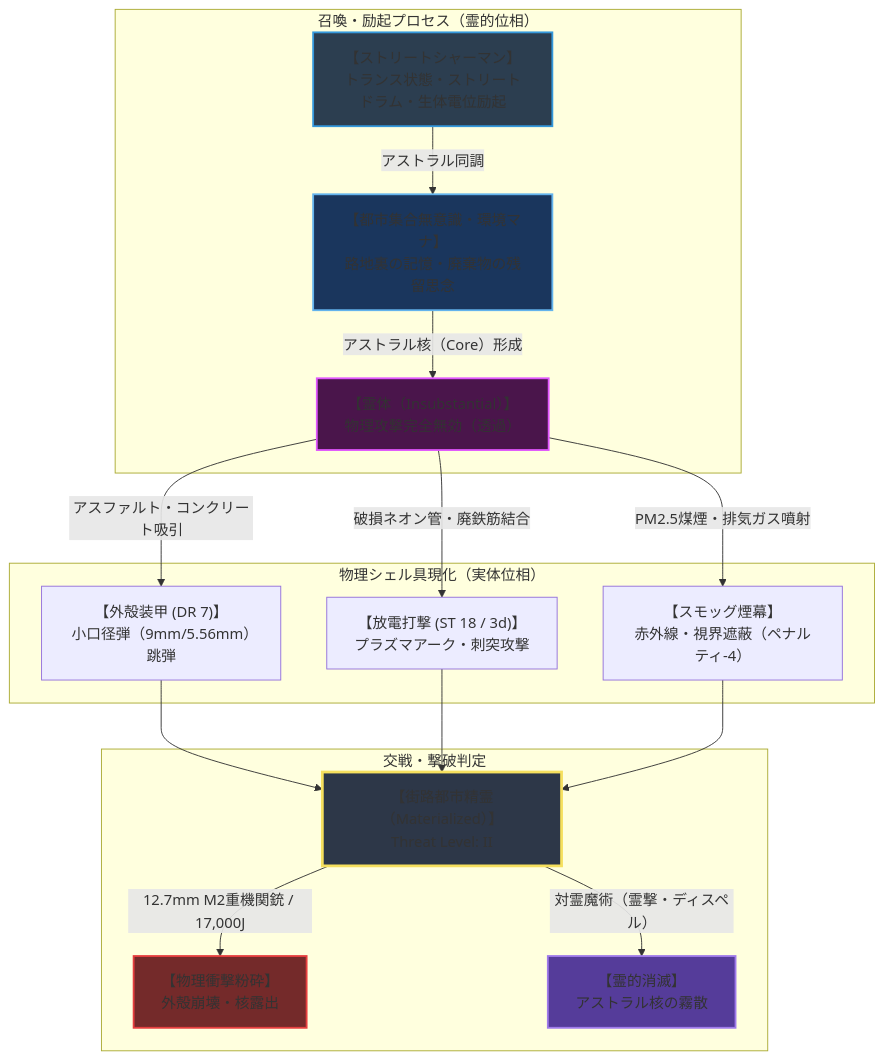
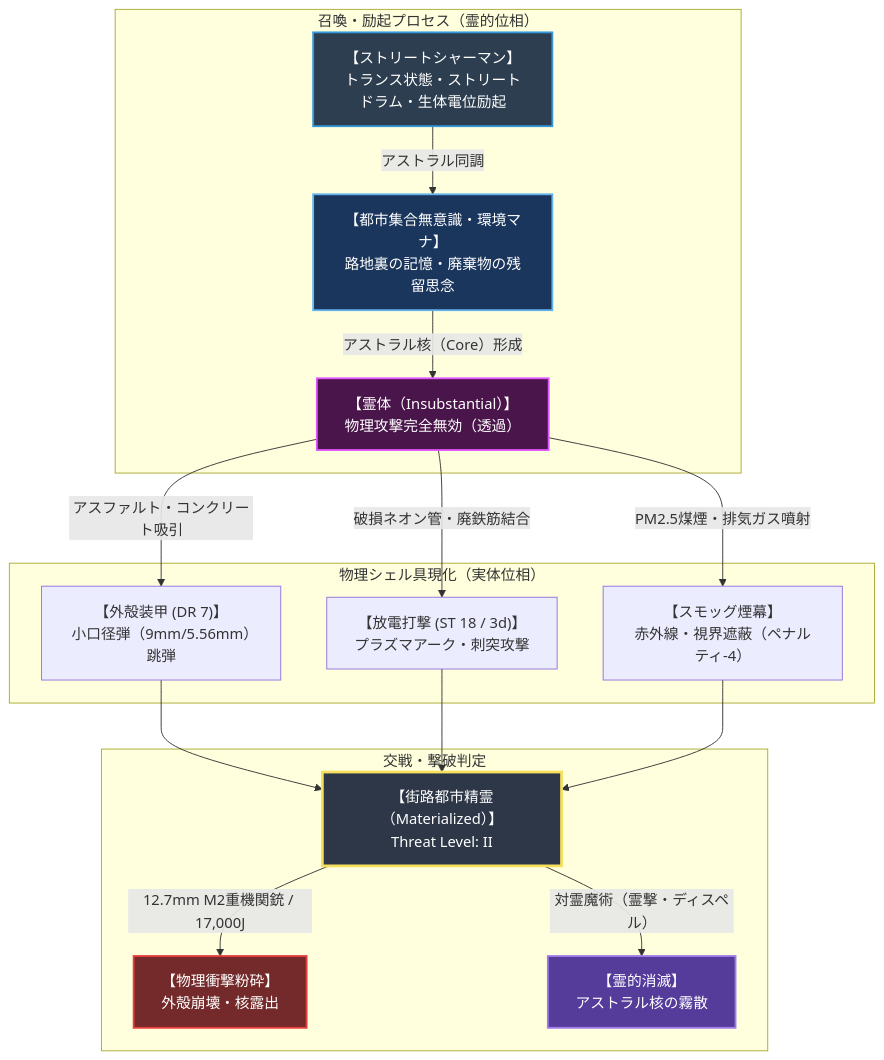
Before and after one commit to takenoriohno-cloud/world-building: the diagram in creatures/003_urban_street_spirit.md, drawn with Mermaid. The commit also changed 8 other files, not shown here.

Commit message:
feature/updateCreature update: mermaid文字色固定

````diff
--- a/creatures/003_urban_street_spirit.md
+++ b/creatures/003_urban_street_spirit.md
@@ -58,26 +58,26 @@
 ```mermaid
 graph TD
     subgraph "召喚・励起プロセス（霊的位相）"
         S["【ストリートシャーマン】<br>トランス状態・ストリートドラム・生体電位励起"] -->|"アストラル同調"| C["【都市集合無意識・環境マナ】<br>路地裏の記憶・廃棄物の残留思念"]
         C -->|"アストラル核（Core）形成"| A["【霊体（Insubstantial）】<br>物理攻撃完全無効（透過）"]
     end
 
     subgraph "物理シェル具現化（実体位相）"
         A -->|"アスファルト・コンクリート吸引"| M1["【外殻装甲 (DR 7)】<br>小口径弾（9mm/5.56mm）跳弾"]
         A -->|"破損ネオン管・廃鉄筋結合"| M2["【放電打撃 (ST 18 / 3d)】<br>プラズマアーク・刺突攻撃"]
         A -->|"PM2.5煤煙・排気ガス噴射"| M3["【スモッグ煙幕】<br>赤外線・視界遮蔽（ペナルティ-4）"]
     end
 
     subgraph "交戦・撃破判定"
         M1 & M2 & M3 --> E["【街路都市精霊（Materialized）】<br>Threat Level: II"]
         E -->|"12.7mm M2重機関銃 / 17,000J"| D1["【物理衝撃粉砕】<br>外殻崩壊・核露出"]
         E -->|"対霊魔術（霊撃・ディスペル）"| D2["【霊的消滅】<br>アストラル核の霧散"]
     end
 
-    style S fill:#2c3e50,stroke:#3498db,stroke-width:2px;
-    style C fill:#1a365d,stroke:#63b3ed,stroke-width:2px;
-    style A fill:#4a154b,stroke:#e056fd,stroke-width:2px;
-    style E fill:#2d3748,stroke:#f6e05e,stroke-width:3px;
-    style D1 fill:#742a2a,stroke:#e53e3e,stroke-width:2px;
-    style D2 fill:#553c9a,stroke:#9f7aea,stroke-width:2px;
+    style S fill:#2c3e50,stroke:#3498db,stroke-width:2px,color:#ffffff;
+    style C fill:#1a365d,stroke:#63b3ed,stroke-width:2px,color:#ffffff;
+    style A fill:#4a154b,stroke:#e056fd,stroke-width:2px,color:#ffffff;
+    style E fill:#2d3748,stroke:#f6e05e,stroke-width:3px,color:#ffffff;
+    style D1 fill:#742a2a,stroke:#e53e3e,stroke-width:2px,color:#ffffff;
+    style D2 fill:#553c9a,stroke:#9f7aea,stroke-width:2px,color:#ffffff;
 ```
````
